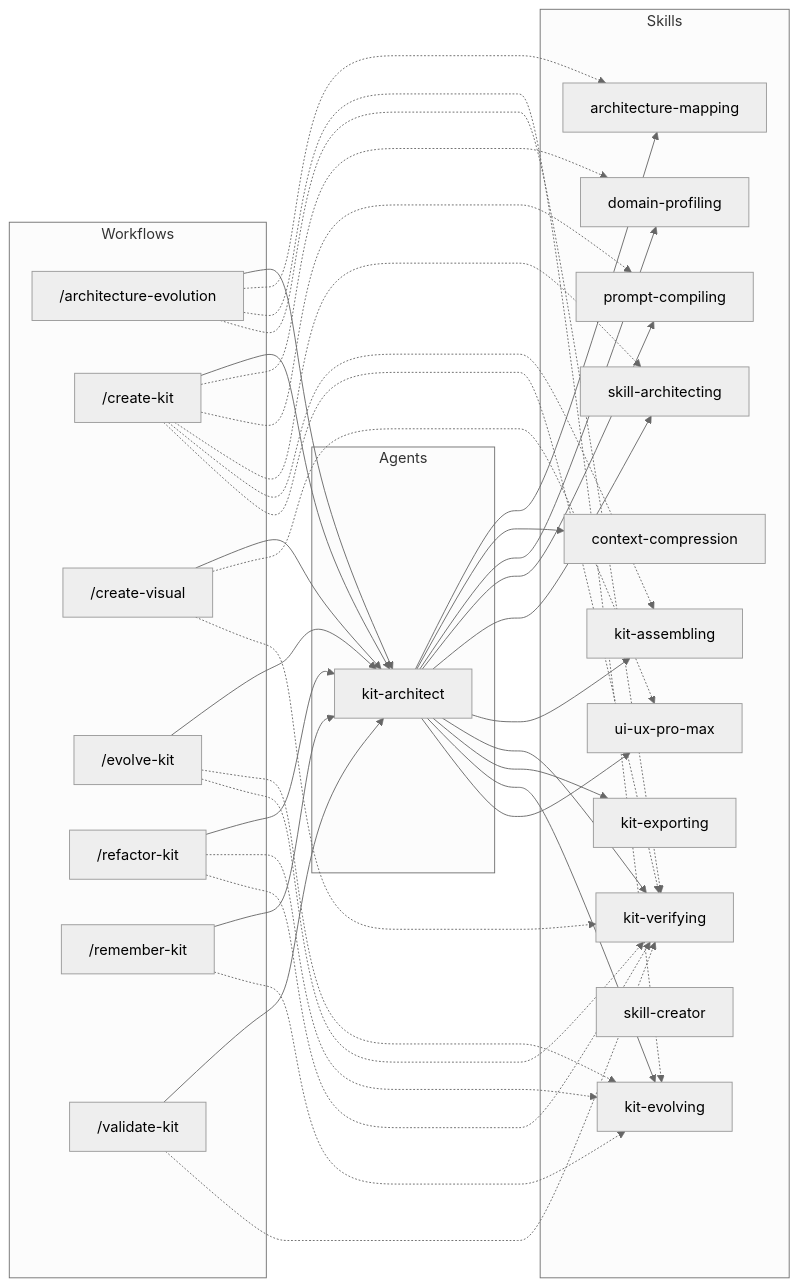
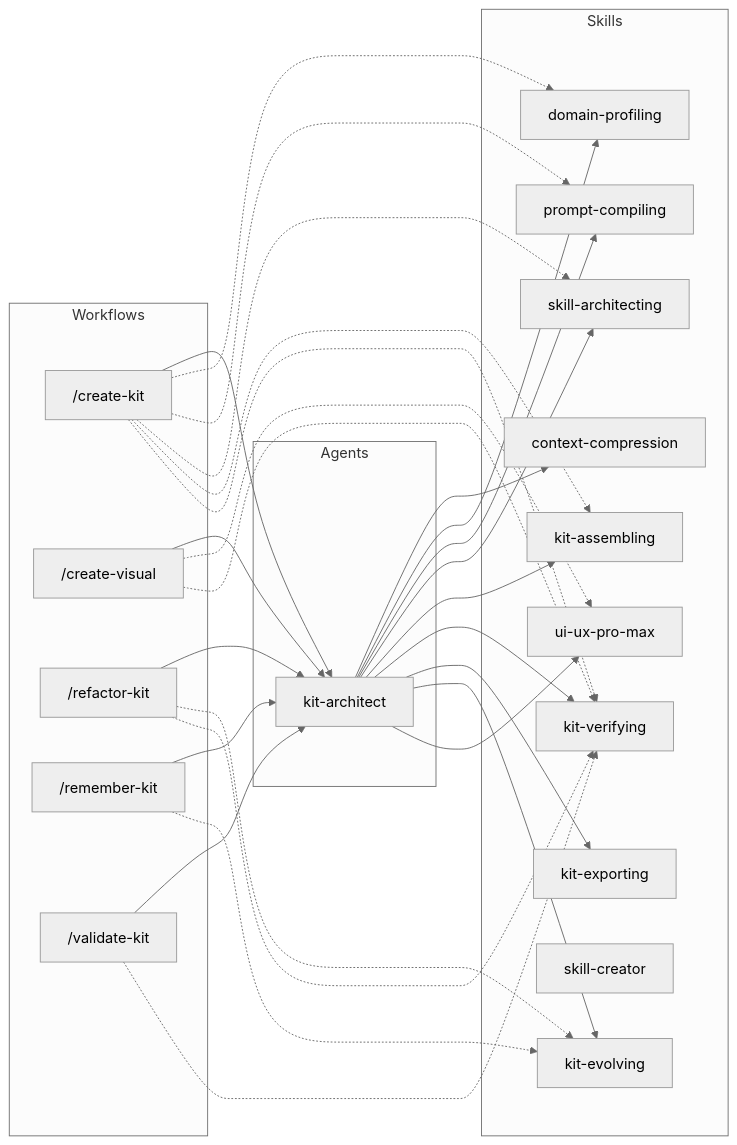
The diagram in .agents/DEPENDENCY_GRAPH.md (thelightinker/Agent-Kit-Builder), drawn with Mermaid (neutral theme) before and after one commit. The commit also changed other lines of this file and 41 other files, not shown here.

Commit message:
refactor: remove Evolution and Living Map stack (evolve-kit, architecture-evolution, architecture-mapping, 5 scripts, 3 schemas)

````diff
--- a/.agents/DEPENDENCY_GRAPH.md
+++ b/.agents/DEPENDENCY_GRAPH.md
@@ -7,61 +7,50 @@
 ```mermaid
 flowchart LR
   subgraph Workflows
-    W_architecture_evolution["/architecture-evolution"]
     W_create_kit["/create-kit"]
     W_create_visual["/create-visual"]
-    W_evolve_kit["/evolve-kit"]
     W_refactor_kit["/refactor-kit"]
     W_remember_kit["/remember-kit"]
     W_validate_kit["/validate-kit"]
   end
   subgraph Agents
     A_kit_architect["kit-architect"]
   end
   subgraph Skills
-    S_architecture_mapping["architecture-mapping"]
     S_context_compression["context-compression"]
     S_domain_profiling["domain-profiling"]
     S_kit_assembling["kit-assembling"]
     S_kit_evolving["kit-evolving"]
     S_kit_exporting["kit-exporting"]
     S_kit_verifying["kit-verifying"]
     S_prompt_compiling["prompt-compiling"]
     S_skill_architecting["skill-architecting"]
     S_skill_creator["skill-creator"]
     S_ui_ux_pro_max["ui-ux-pro-max"]
   end
-  W_architecture_evolution --> A_kit_architect
-  W_architecture_evolution -.-> S_architecture_mapping
-  W_architecture_evolution -.-> S_kit_evolving
-  W_architecture_evolution -.-> S_kit_verifying
   W_create_kit --> A_kit_architect
   W_create_kit -.-> S_domain_profiling
   W_create_kit -.-> S_prompt_compiling
   W_create_kit -.-> S_skill_architecting
   W_create_kit -.-> S_kit_assembling
   W_create_kit -.-> S_kit_verifying
   W_create_visual --> A_kit_architect
   W_create_visual -.-> S_ui_ux_pro_max
   W_create_visual -.-> S_kit_verifying
-  W_evolve_kit --> A_kit_architect
-  W_evolve_kit -.-> S_kit_evolving
-  W_evolve_kit -.-> S_kit_verifying
   W_refactor_kit --> A_kit_architect
   W_refactor_kit -.-> S_kit_evolving
   W_refactor_kit -.-> S_kit_verifying
   W_remember_kit --> A_kit_architect
   W_remember_kit -.-> S_kit_evolving
   W_validate_kit --> A_kit_architect
   W_validate_kit -.-> S_kit_verifying
-  A_kit_architect --> S_architecture_mapping
   A_kit_architect --> S_context_compression
   A_kit_architect --> S_domain_profiling
   A_kit_architect --> S_prompt_compiling
   A_kit_architect --> S_skill_architecting
   A_kit_architect --> S_kit_assembling
   A_kit_architect --> S_kit_verifying
   A_kit_architect --> S_kit_exporting
   A_kit_architect --> S_kit_evolving
   A_kit_architect --> S_ui_ux_pro_max
 ```
````
